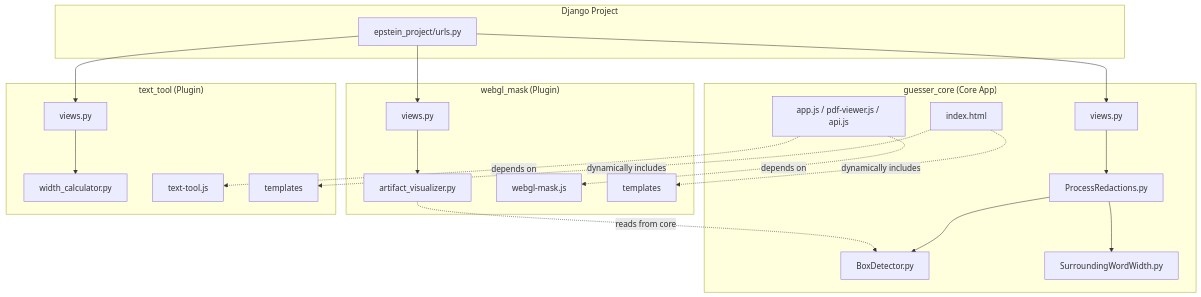
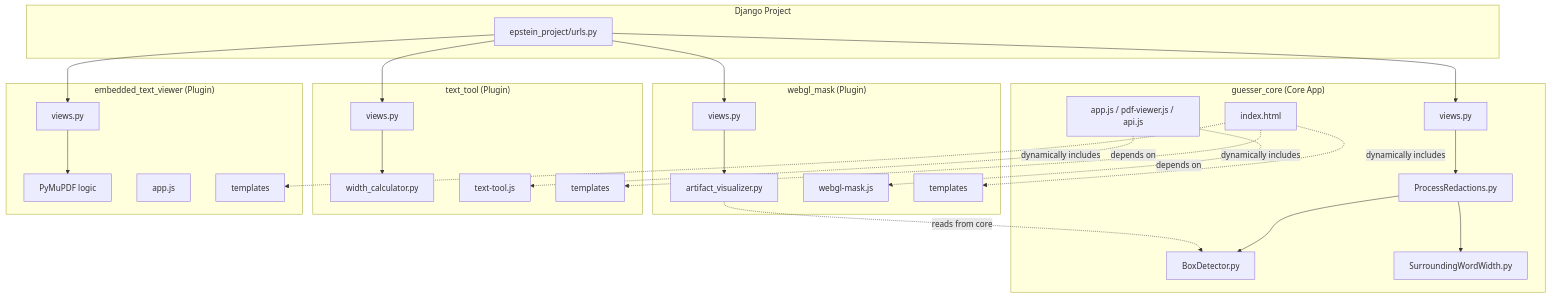
The second of 2 diagrams in guide/architecture/architecture-overview.md (JaguarM/EpsteinTool), drawn with Mermaid before and after one commit. The commit also changed other lines of this file and 13 other files, not shown here.

````diff
--- a/guide/architecture/architecture-overview.md
+++ b/guide/architecture/architecture-overview.md
@@ -100,47 +110,58 @@
 ```mermaid
 graph TD
     subgraph "Django Project"
         urls["epstein_project/urls.py"]
     end
 
     subgraph "guesser_core (Core App)"
         PR["ProcessRedactions.py"]
         BD["BoxDetector.py"]
         SW["SurroundingWordWidth.py"]
         core_views["views.py"]
         HTML["index.html"]
         APP["app.js / pdf-viewer.js / api.js"]
     end
 
     subgraph "webgl_mask (Plugin)"
         WGL_V["views.py"]
         AV["artifact_visualizer.py"]
         WGL_JS["webgl-mask.js"]
         WGL_T["templates"]
     end
 
     subgraph "text_tool (Plugin)"
         TXT_V["views.py"]
         WC["width_calculator.py"]
         TXT_JS["text-tool.js"]
         TXT_T["templates"]
     end
 
+    subgraph "embedded_text_viewer (Plugin)"
+        ETV_V["views.py"]
+        ETV_L["PyMuPDF logic"]
+        ETV_JS["app.js"]
+        ETV_T["templates"]
+    end
+
     urls --> core_views
     urls --> WGL_V
     urls --> TXT_V
+    urls --> ETV_V
 
     core_views --> PR
     PR --> BD
     PR --> SW
     
     WGL_V --> AV
     AV -.->|"reads from core"| BD
 
     TXT_V --> WC
 
+    ETV_V --> ETV_L
+
     HTML -.->|"dynamically includes"| WGL_T
     HTML -.->|"dynamically includes"| TXT_T
+    HTML -.->|"dynamically includes"| ETV_T
     APP -.->|"depends on"| WGL_JS
     APP -.->|"depends on"| TXT_JS
 ```
````
